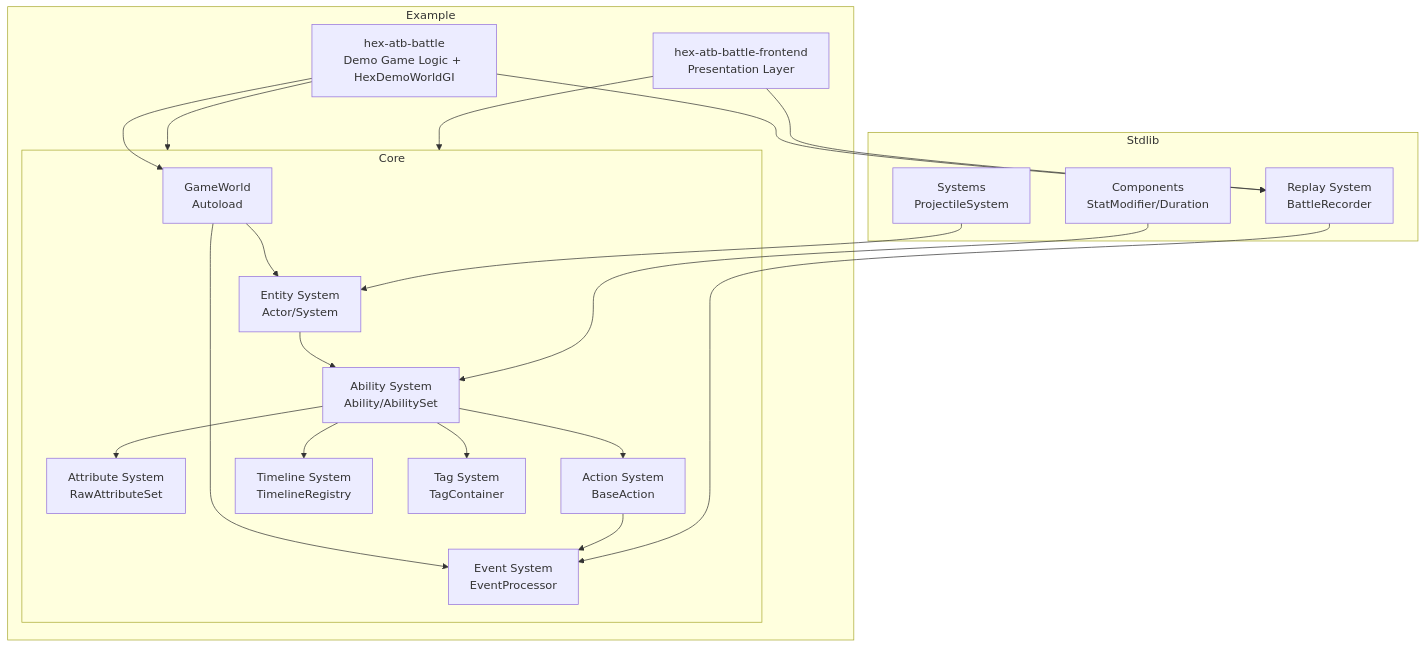
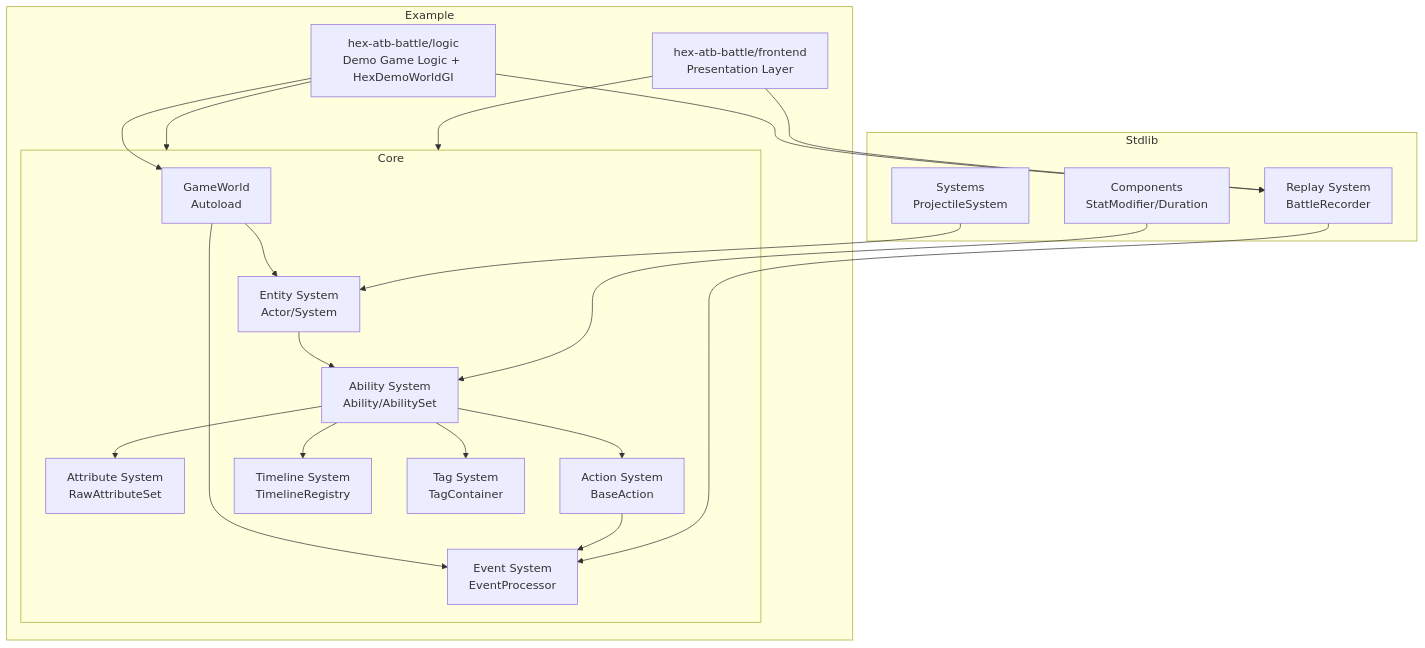
One commit to 15195999826/godot-addons changed the diagram in logic-game-framework/AGENTS.md. Above: the diagram before and after it, drawn with Mermaid. The commit also changed 353 other files, not shown here.

First line of the commit message:
refactor(example): regroup hex-atb-battle into single parent dir

````diff
--- a/logic-game-framework/AGENTS.md
+++ b/logic-game-framework/AGENTS.md
@@ -11,42 +11,42 @@
 ```mermaid
 graph TB
     subgraph "Core"
         World[GameWorld<br/>Autoload]
         Entity[Entity System<br/>Actor/System]
         Attributes[Attribute System<br/>RawAttributeSet]
         Abilities[Ability System<br/>Ability/AbilitySet]
         Events[Event System<br/>EventProcessor]
         Actions[Action System<br/>BaseAction]
         Timeline[Timeline System<br/>TimelineRegistry]
         Tags[Tag System<br/>TagContainer]
     end
 
     subgraph "Stdlib"
         Components[Components<br/>StatModifier/Duration]
         Systems[Systems<br/>ProjectileSystem]
         Replay[Replay System<br/>BattleRecorder]
     end
 
     subgraph "Example"
-        Core[hex-atb-battle-core<br/>Shared Events + WorldGI base]
-        HexDemo[hex-atb-battle<br/>Demo Game Logic + HexDemoWorldGI]
-        Frontend[hex-atb-battle-frontend<br/>Presentation Layer]
+        Core[hex-atb-battle/core<br/>Shared Events + WorldGI base]
+        HexDemo[hex-atb-battle/logic<br/>Demo Game Logic + HexDemoWorldGI]
+        Frontend[hex-atb-battle/frontend<br/>Presentation Layer]
     end
 
     World --> Entity
     World --> Events
     Entity --> Abilities
     Abilities --> Attributes
     Abilities --> Tags
     Abilities --> Actions
     Abilities --> Timeline
     Actions --> Events
     Components --> Abilities
     Systems --> Entity
     Replay --> Events
     HexDemo --> World
     HexDemo --> Core
     HexDemo --> Replay
     Frontend --> Core
     Frontend --> Replay
 ```
````
